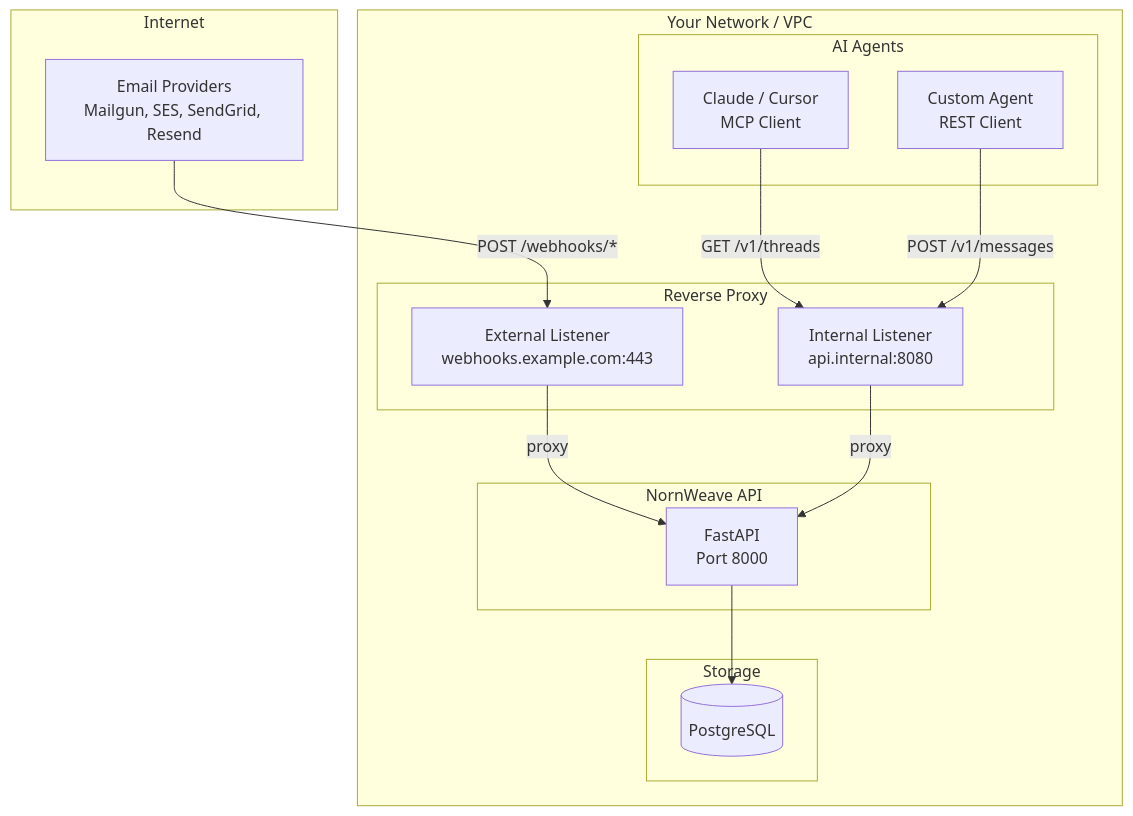
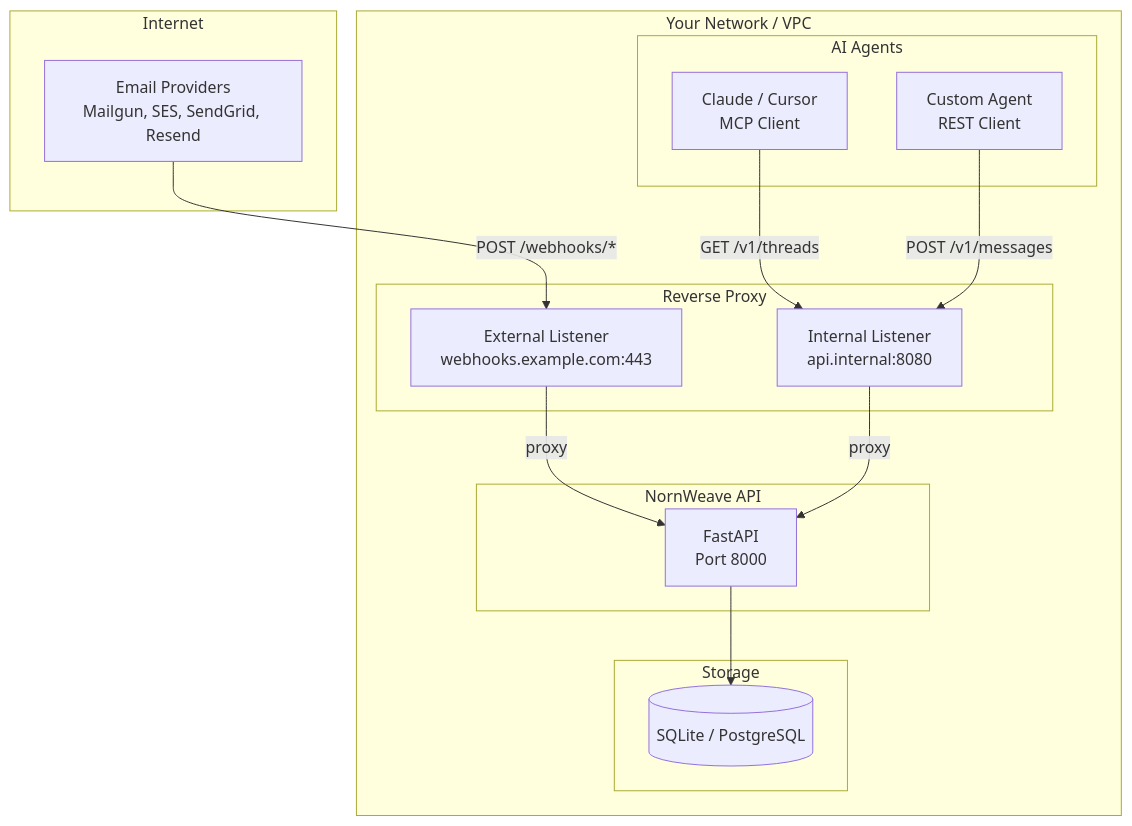
One commit to DataCovey/nornweave changed the diagram in web/content/docs/getting-started/installation.md. Above: the diagram before and after it, drawn with Mermaid. The commit also changed other lines of this file and 20 other files, not shown here.

First line of the commit message:
docs: fix quickstart flow, .env.example accuracy, and auth references

````diff
--- a/web/content/docs/getting-started/installation.md
+++ b/web/content/docs/getting-started/installation.md
@@ -24,33 +25,33 @@
 ```mermaid
 flowchart TB
     subgraph internet [Internet]
         Provider[Email Providers<br/>Mailgun, SES, SendGrid, Resend]
     end
 
     subgraph userNetwork [Your Network / VPC]
         subgraph proxy [Reverse Proxy]
             ExtListener[External Listener<br/>webhooks.example.com:443]
             IntListener[Internal Listener<br/>api.internal:8080]
         end
 
         subgraph app [NornWeave API]
             API[FastAPI<br/>Port 8000]
         end
 
         subgraph storage [Storage]
-            DB[(PostgreSQL)]
+            DB[(SQLite / PostgreSQL)]
         end
 
         subgraph agents [AI Agents]
             Agent1[Claude / Cursor<br/>MCP Client]
             Agent2[Custom Agent<br/>REST Client]
         end
     end
 
     Provider -->|POST /webhooks/*| ExtListener
     ExtListener -->|proxy| API
     IntListener -->|proxy| API
     Agent1 -->|GET /v1/threads| IntListener
     Agent2 -->|POST /v1/messages| IntListener
     API --> DB
 ```
````
